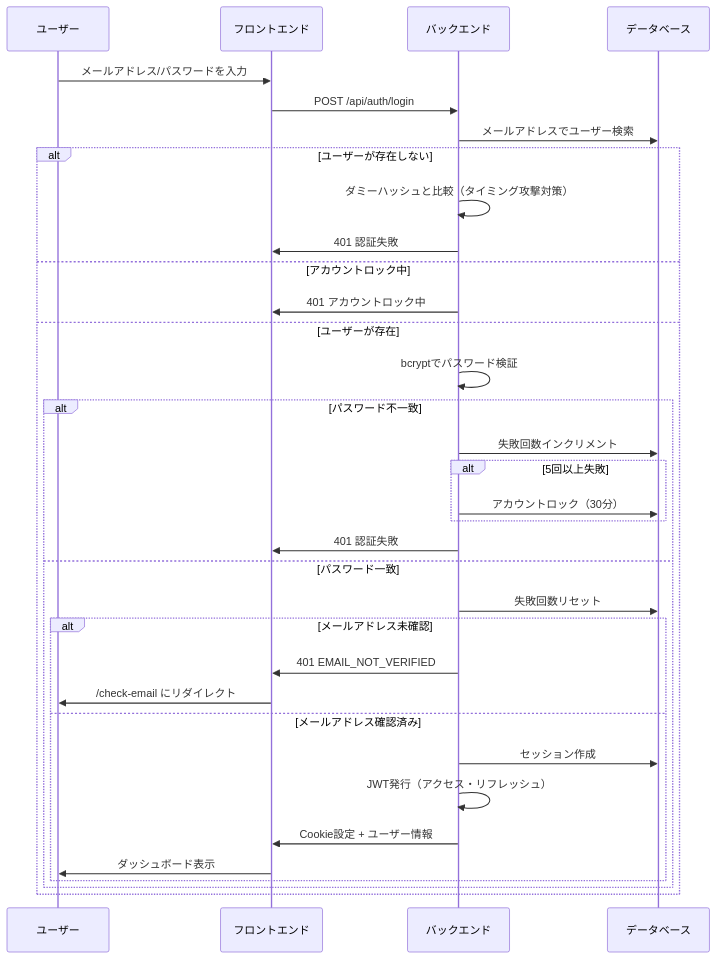
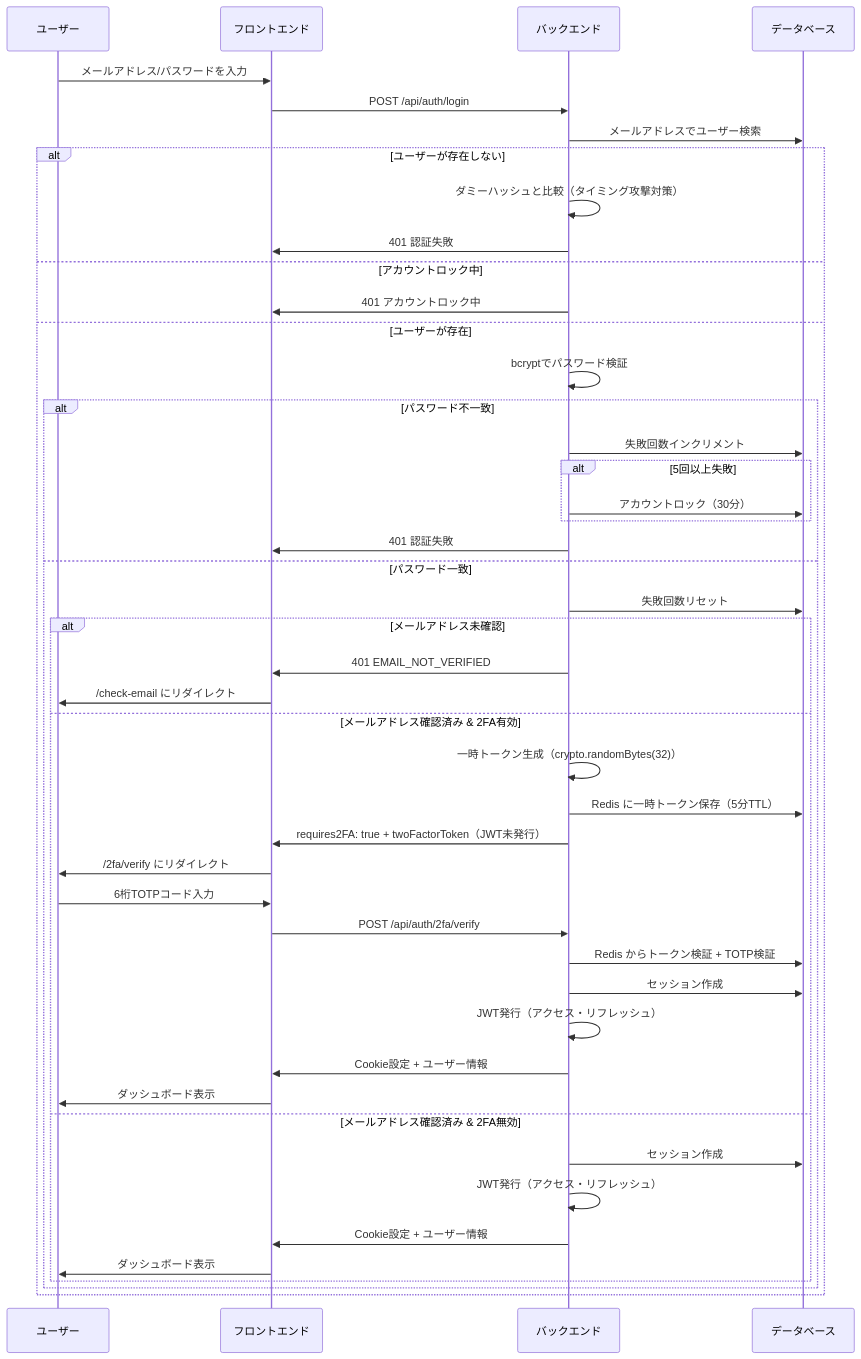
The first of 13 diagrams in docs/architecture/features/authentication.md (tsutsumi389/agentest), drawn with Mermaid before and after one commit. The commit also changed other lines of this file and 46 other files, not shown here.

First line of the commit message:
Add two-factor authentication (2FA) feature with TOTP (#219)

````diff
--- a/docs/architecture/features/authentication.md
+++ b/docs/architecture/features/authentication.md
@@ -158,37 +193,49 @@
 ```mermaid
 sequenceDiagram
     participant U as ユーザー
     participant F as フロントエンド
     participant B as バックエンド
     participant DB as データベース
 
     U->>F: メールアドレス/パスワードを入力
     F->>B: POST /api/auth/login
     B->>DB: メールアドレスでユーザー検索
     alt ユーザーが存在しない
         B->>B: ダミーハッシュと比較（タイミング攻撃対策）
         B->>F: 401 認証失敗
     else アカウントロック中
         B->>F: 401 アカウントロック中
     else ユーザーが存在
         B->>B: bcryptでパスワード検証
         alt パスワード不一致
             B->>DB: 失敗回数インクリメント
             alt 5回以上失敗
                 B->>DB: アカウントロック（30分）
             end
             B->>F: 401 認証失敗
         else パスワード一致
             B->>DB: 失敗回数リセット
             alt メールアドレス未確認
                 B->>F: 401 EMAIL_NOT_VERIFIED
                 F->>U: /check-email にリダイレクト
-            else メールアドレス確認済み
+            else メールアドレス確認済み & 2FA有効
+                B->>B: 一時トークン生成（crypto.randomBytes(32)）
+                B->>DB: Redis に一時トークン保存（5分TTL）
+                B->>F: requires2FA: true + twoFactorToken（JWT未発行）
+                F->>U: /2fa/verify にリダイレクト
+                U->>F: 6桁TOTPコード入力
+                F->>B: POST /api/auth/2fa/verify
+                B->>DB: Redis からトークン検証 + TOTP検証
+                B->>DB: セッション作成
+                B->>B: JWT発行（アクセス・リフレッシュ）
+                B->>F: Cookie設定 + ユーザー情報
+                F->>U: ダッシュボード表示
+            else メールアドレス確認済み & 2FA無効
                 B->>DB: セッション作成
                 B->>B: JWT発行（アクセス・リフレッシュ）
                 B->>F: Cookie設定 + ユーザー情報
                 F->>U: ダッシュボード表示
             end
         end
     end
 ```
````
